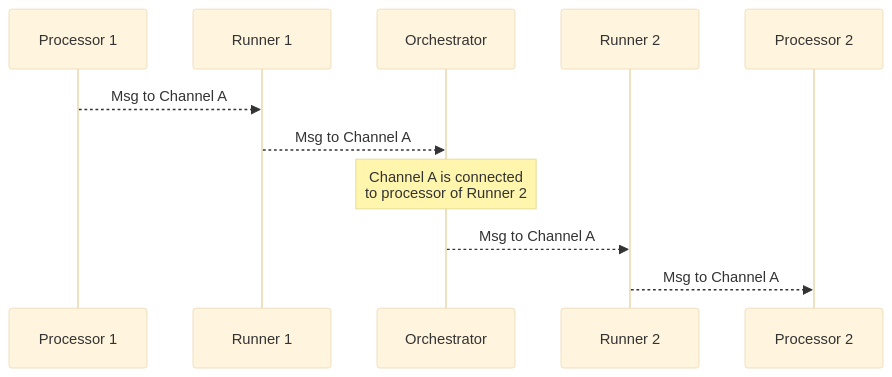
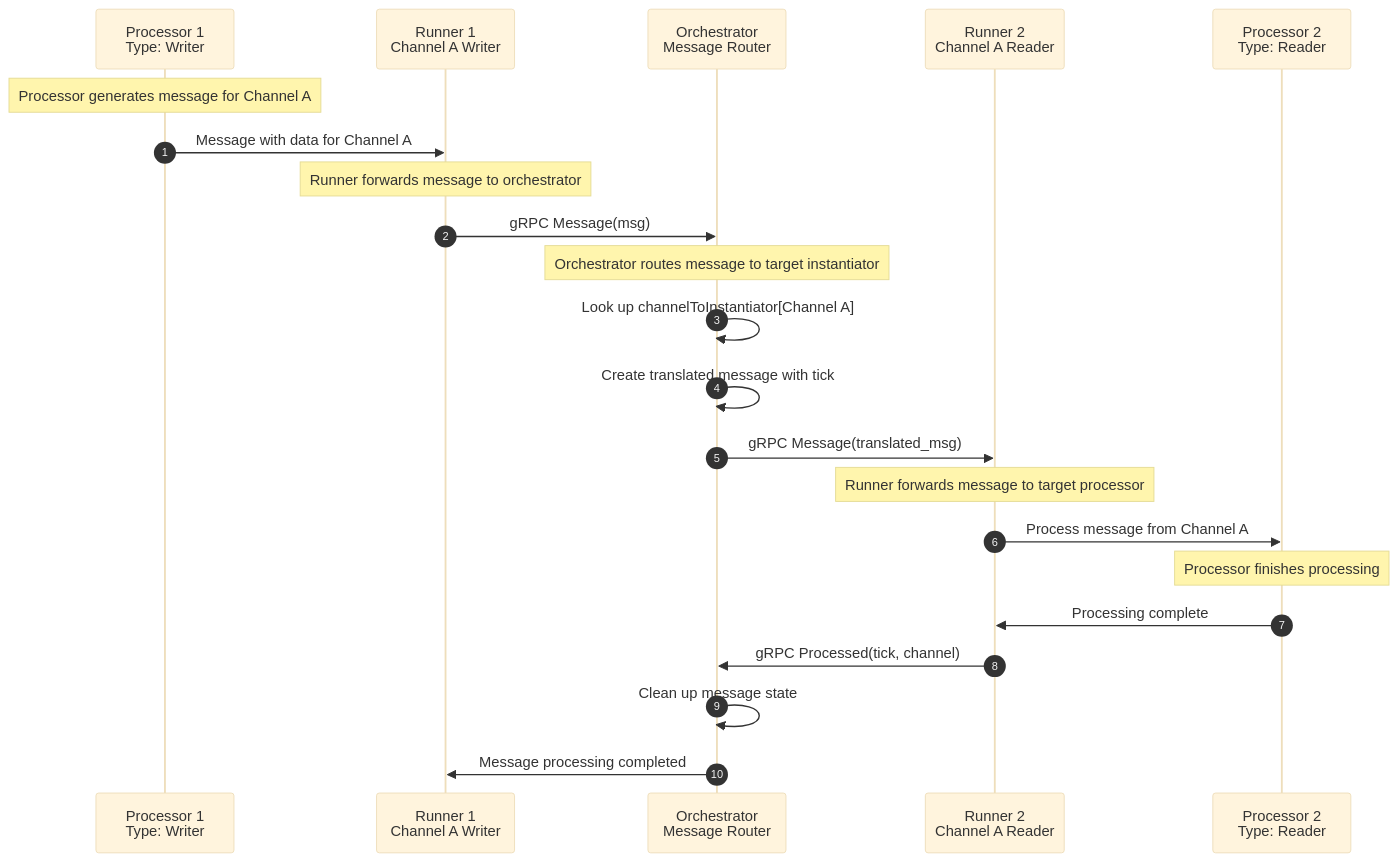
The second of 3 diagrams in README.md (rdf-connect/orchestrator-js), drawn with Mermaid (base theme) before and after one commit. The commit also changed other lines of this file and 6 other files, not shown here.

````diff
--- a/README.md
+++ b/README.md
@@ -313,13 +282,28 @@
 ```mermaid
 sequenceDiagram
-    participant P1 as Processor 1
-    participant R1 as Runner 1
-    participant O as Orchestrator
-    participant R2 as Runner 2
-    participant P2 as Processor 2
-    P1-->>R1: Msg to Channel A
-    R1-->>O: Msg to Channel A
-    Note over O: Channel A is connected<br>to processor of Runner 2
-    O -->> R2: Msg to Channel A
-    R2-->>P2: Msg to Channel A
+    autonumber
+    participant P1 as Processor 1<br/>Type: Writer
+    participant R1 as Runner 1<br/>Channel A Writer
+    participant O as Orchestrator<br/>Message Router
+    participant R2 as Runner 2<br/>Channel A Reader
+    participant P2 as Processor 2<br/>Type: Reader
+
+    Note over P1: Processor generates message for Channel A
+    P1->>R1: Message with data for Channel A
+    Note over R1: Runner forwards message to orchestrator
+    R1->>O: gRPC Message(msg)
+
+    Note over O: Orchestrator routes message to target instantiator
+    O->>O: Look up channelToInstantiator[Channel A]
+    O->>O: Create translated message with tick
+    O->>R2: gRPC Message(translated_msg)
+
+    Note over R2: Runner forwards message to target processor
+    R2->>P2: Process message from Channel A
+
+    Note over P2: Processor finishes processing
+    P2->>R2: Processing complete
+    R2->>O: gRPC Processed(tick, channel)
+    O->>O: Clean up message state
+    O->>R1: Message processing completed
 ```
````
